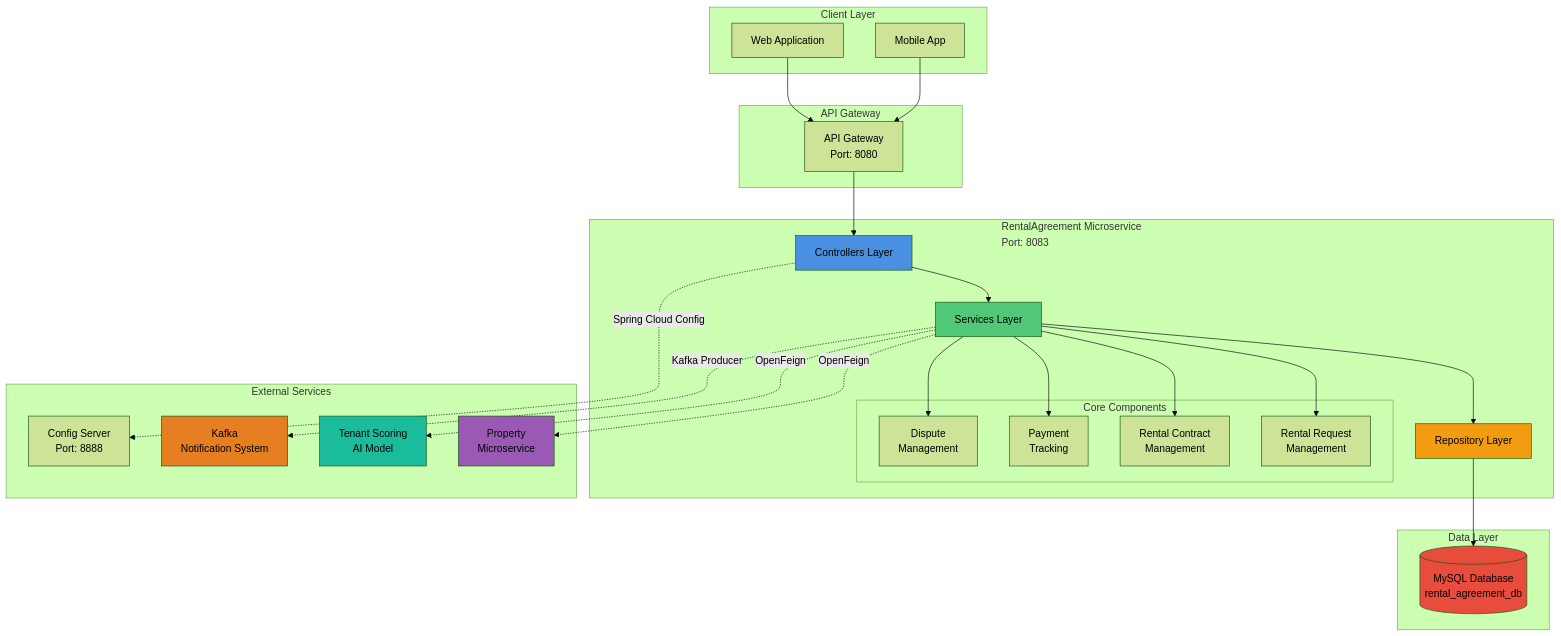
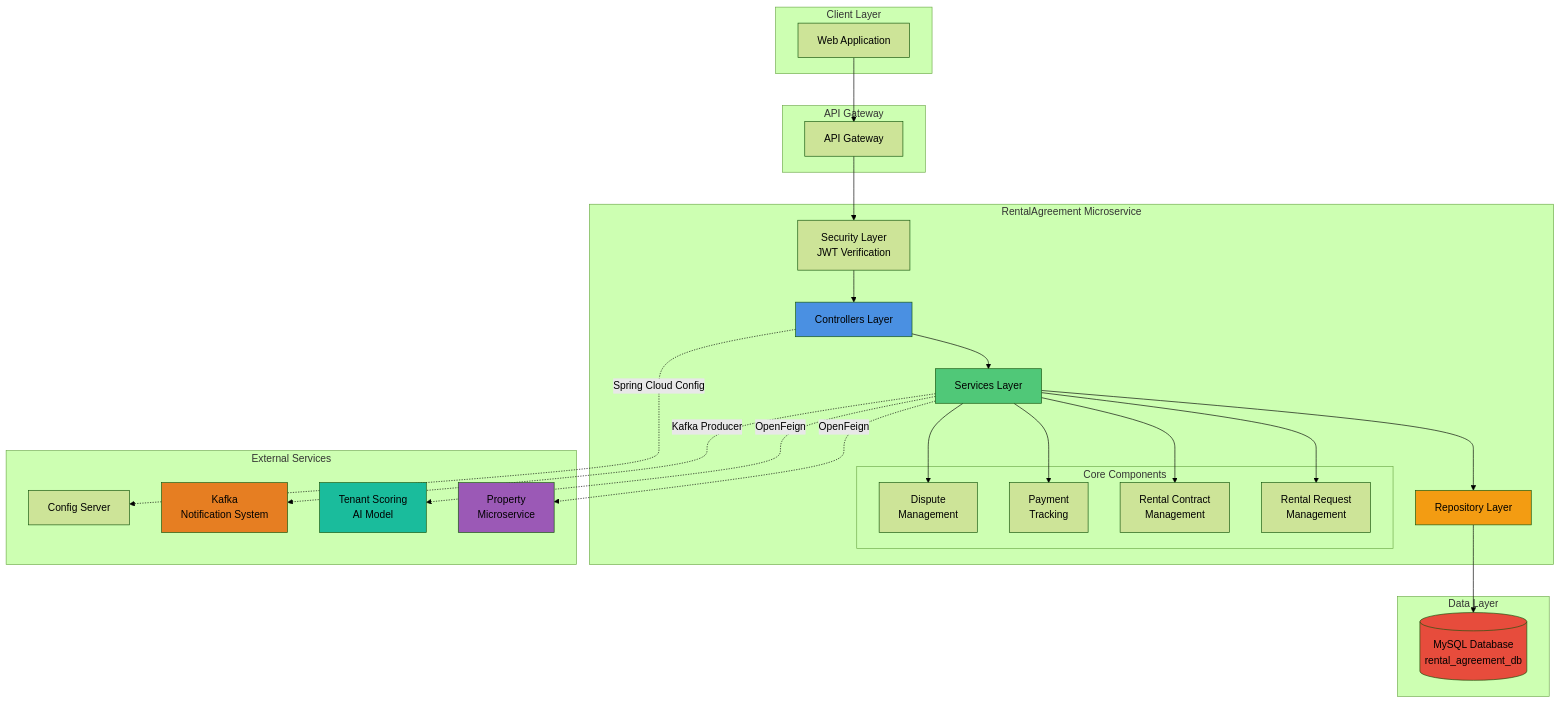
The first of 4 diagrams in README.md (JunaidUthman/Rental-Agreement-Microservice-V2), drawn with Mermaid (forest theme) before and after one commit. The commit also changed other lines of this file, not shown here.

````diff
--- a/README.md
+++ b/README.md
@@ -52,62 +41,62 @@
 ```mermaid
 graph TB
     subgraph "Client Layer"
         WEB[Web Application]
-        MOBILE[Mobile App]
     end
 
     subgraph "API Gateway"
-        GATEWAY[API Gateway<br/>Port: 8080]
+        GATEWAY[API Gateway]
     end
 
-    subgraph "RentalAgreement Microservice<br/>Port: 8083"
+    subgraph "RentalAgreement Microservice"
+        SEC[Security Layer<br/>JWT Verification]
         CTRL[Controllers Layer]
         SVC[Services Layer]
         REPO[Repository Layer]
         
         subgraph "Core Components"
             RR[Rental Request<br/>Management]
             RC[Rental Contract<br/>Management]
             PAY[Payment<br/>Tracking]
             DISP[Dispute<br/>Management]
         end
     end
 
     subgraph "External Services"
         PROP[Property<br/>Microservice]
         AI[Tenant Scoring<br/>AI Model]
         KAFKA[Kafka<br/>Notification System]
-        CONFIG[Config Server<br/>Port: 8888]
+        CONFIG[Config Server]
     end
 
     subgraph "Data Layer"
         DB[(MySQL Database<br/>rental_agreement_db)]
     end
 
     WEB --> GATEWAY
-    MOBILE --> GATEWAY
-    GATEWAY --> CTRL
+    GATEWAY --> SEC
+    SEC --> CTRL
     
     CTRL --> SVC
     SVC --> REPO
     SVC --> RR
     SVC --> RC
     SVC --> PAY
     SVC --> DISP
     
     REPO --> DB
     
     SVC -.->|OpenFeign| PROP
     SVC -.->|OpenFeign| AI
     SVC -.->|Kafka Producer| KAFKA
     
     CTRL -.->|Spring Cloud Config| CONFIG
 
     style CTRL fill:#4A90E2
     style SVC fill:#50C878
     style REPO fill:#F39C12
     style DB fill:#E74C3C
     style PROP fill:#9B59B6
     style AI fill:#1ABC9C
     style KAFKA fill:#E67E22
 ```
````
